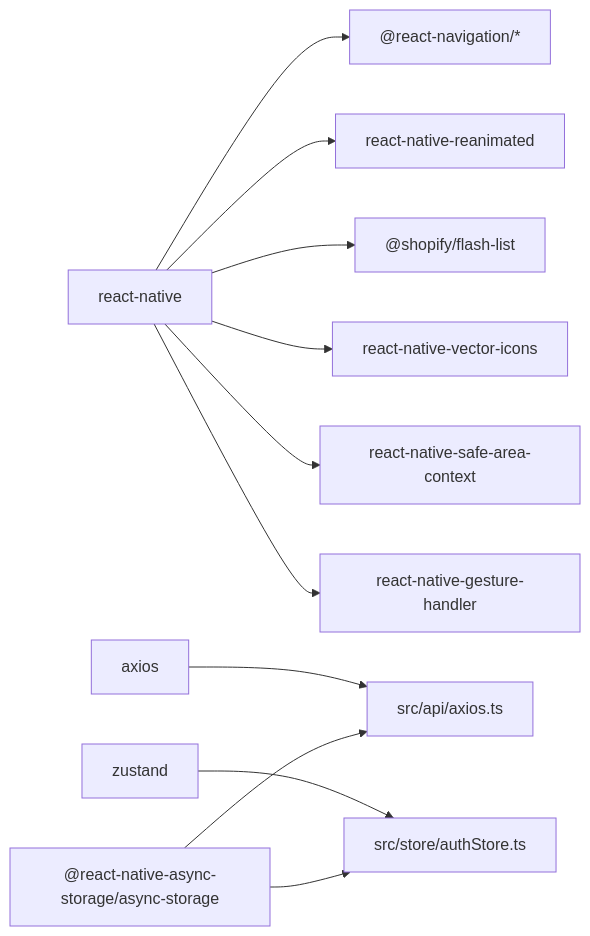
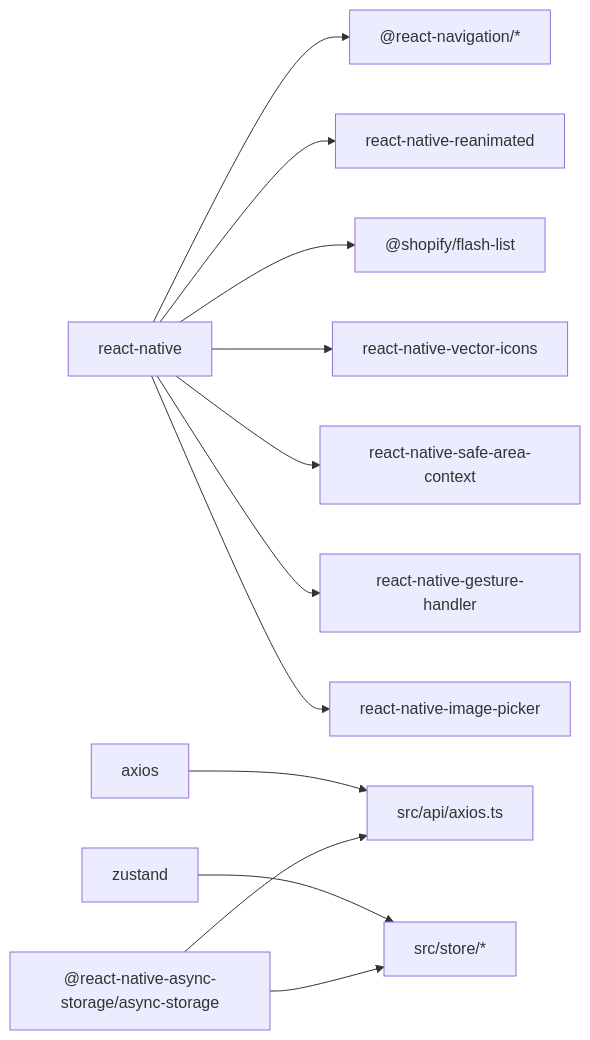
Before and after one commit to lsqwawa/free-dress: the seventh of 7 diagrams in .qoder/repowiki/zh/content/前端开发指南/前端开发指南.md, drawn with Mermaid. The commit also changed other lines of this file and 74 other files, not shown here.

````diff
--- a/.qoder/repowiki/zh/content/前端开发指南/前端开发指南.md
+++ b/.qoder/repowiki/zh/content/前端开发指南/前端开发指南.md
@@ -337,13 +494,14 @@
 ```mermaid
 graph LR
 RN["react-native"] --> NAV["@react-navigation/*"]
 RN --> REAN["react-native-reanimated"]
 RN --> FL["@shopify/flash-list"]
 RN --> ICONS["react-native-vector-icons"]
 RN --> SAFE["react-native-safe-area-context"]
 RN --> GHANDLER["react-native-gesture-handler"]
+RN --> IMAGEPICKER["react-native-image-picker"]
 AX["axios"] --> API["src/api/axios.ts"]
-ZUS["zustand"] --> STORE["src/store/authStore.ts"]
+ZUS["zustand"] --> STORE["src/store/*"]
 AS["@react-native-async-storage/async-storage"] --> API
 AS --> STORE
 ```
````
